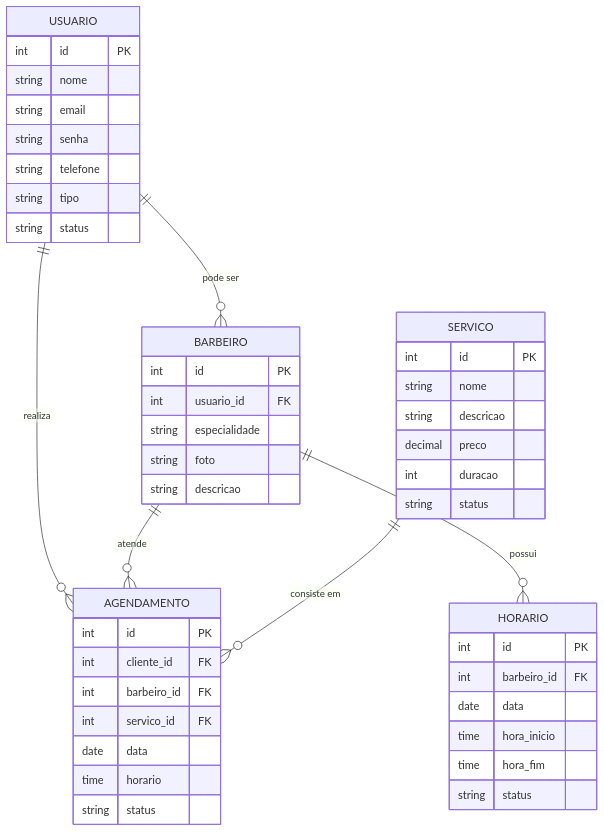
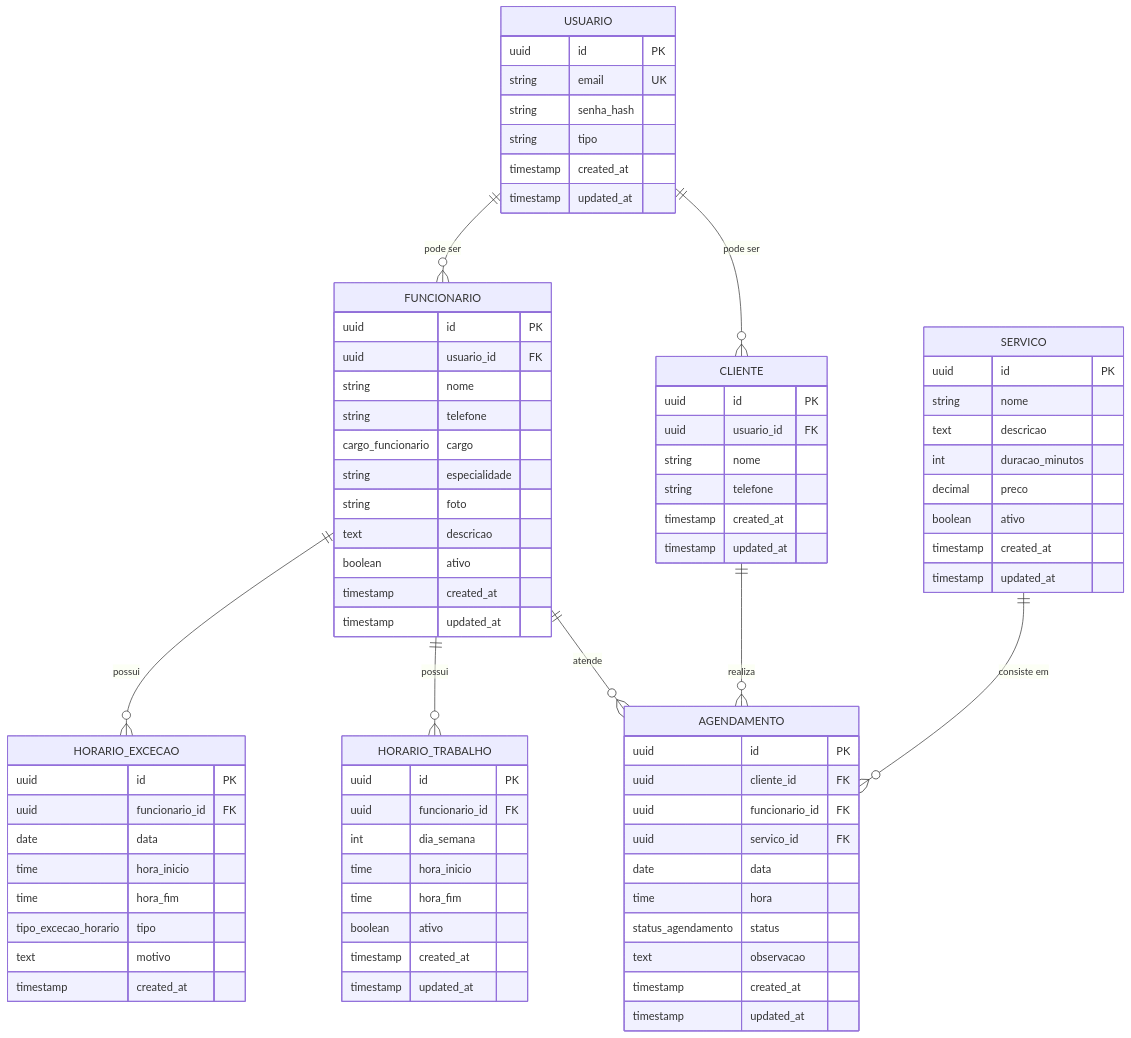
One commit to tahlly/barbearia-maraca changed the diagram in docs/DER-MODELO-INICIAL.md. Above: the diagram before and after it, drawn with Mermaid. The commit also changed other lines of this file and 3 other files, not shown here.

````diff
--- a/docs/DER-MODELO-INICIAL.md
+++ b/docs/DER-MODELO-INICIAL.md
@@ -9,54 +9,88 @@
 ```mermaid
 erDiagram
     USUARIO {
-        int id PK
-        string nome
-        string email
-        string senha
-        string telefone
+        uuid id PK
+        string email UK
+        string senha_hash
         string tipo
-        string status
+        timestamp created_at
+        timestamp updated_at
     }
 
-    BARBEIRO {
-        int id PK
-        int usuario_id FK
+    CLIENTE {
+        uuid id PK
+        uuid usuario_id FK
+        string nome
+        string telefone
+        timestamp created_at
+        timestamp updated_at
+    }
+
+    FUNCIONARIO {
+        uuid id PK
+        uuid usuario_id FK
+        string nome
+        string telefone
+        cargo_funcionario cargo
         string especialidade
         string foto
-        string descricao
+        text descricao
+        boolean ativo
+        timestamp created_at
+        timestamp updated_at
     }
 
     SERVICO {
-        int id PK
+        uuid id PK
         string nome
-        string descricao
+        text descricao
+        int duracao_minutos
         decimal preco
-        int duracao
-        string status
+        boolean ativo
+        timestamp created_at
+        timestamp updated_at
+    }
+
+    HORARIO_TRABALHO {
+        uuid id PK
+        uuid funcionario_id FK
+        int dia_semana
+        time hora_inicio
+        time hora_fim
+        boolean ativo
+        timestamp created_at
+        timestamp updated_at
+    }
+
+    HORARIO_EXCECAO {
+        uuid id PK
+        uuid funcionario_id FK
+        date data
+        time hora_inicio
+        time hora_fim
+        tipo_excecao_horario tipo
+        text motivo
+        timestamp created_at
     }
 
     AGENDAMENTO {
-        int id PK
-        int cliente_id FK
-        int barbeiro_id FK
-        int servico_id FK
+        uuid id PK
+        uuid cliente_id FK
+        uuid funcionario_id FK
+        uuid servico_id FK
         date data
-        time horario
-        string status
+        time hora
+        status_agendamento status
+        text observacao
+        timestamp created_at
+        timestamp updated_at
     }
 
-    HORARIO {
-        int id PK
-        int barbeiro_id FK
-        date data
-        time hora_inicio
-        time hora_fim
-        string status
-    }
-
-    USUARIO ||--o{ BARBEIRO : "pode ser"
-    USUARIO ||--o{ AGENDAMENTO : "realiza"
-    BARBEIRO ||--o{ AGENDAMENTO : "atende"
+    USUARIO ||--o{ CLIENTE : "pode ser"
+    USUARIO ||--o{ FUNCIONARIO : "pode ser"
+    CLIENTE ||--o{ AGENDAMENTO : "realiza"
+    FUNCIONARIO ||--o{ AGENDAMENTO : "atende"
     SERVICO ||--o{ AGENDAMENTO : "consiste em"
-    BARBEIRO ||--o{ HORARIO : "possui"
+    FUNCIONARIO ||--o{ HORARIO_TRABALHO : "possui"
+    FUNCIONARIO ||--o{ HORARIO_EXCECAO : "possui"
 ```
````
